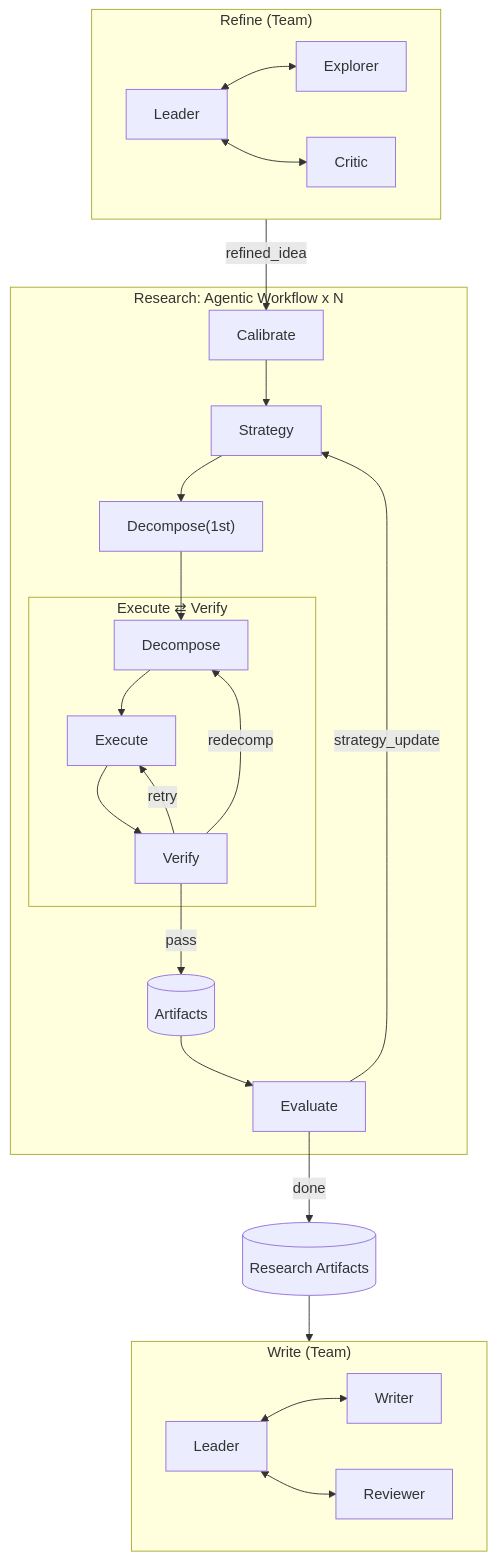
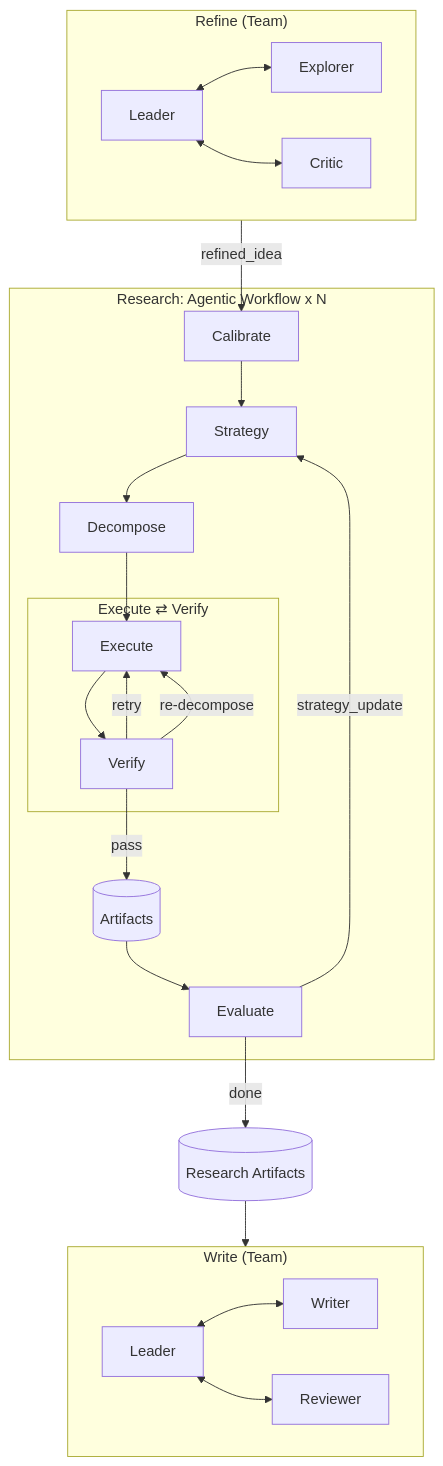
The diagram in docs/CN/architecture.md (dozybot001/MAARS), drawn with Mermaid before and after one commit.

````diff
--- a/docs/CN/architecture.md
+++ b/docs/CN/architecture.md
@@ -35,34 +35,33 @@
 ```mermaid
 flowchart TB
     subgraph Refine ["Refine (Team)"]
         RL[Leader] <--> RE[Explorer]
         RL <--> RC[Critic]
     end
 
     Refine -- "refined_idea" --> Calibrate
 
     subgraph Research ["Research: Agentic Workflow x N"]
         Calibrate --> Strategy
-        Strategy --> D1["Decompose(1st)"]
-        D1 --> Decompose
+        Strategy --> D1["Decompose"]
+        D1 --> Execute
 
         subgraph Loop ["Execute ⇄ Verify"]
-            Decompose --> Execute
             Execute --> Verify
             Verify -- "retry" --> Execute
-            Verify -- "redecomp" --> Decompose
+            Verify -- "re-decompose" --> Execute
         end
 
         Verify -- "pass" --> Artifacts[(Artifacts)]
         Artifacts --> Evaluate
         Evaluate -- "strategy_update" --> Strategy
     end
 
     Evaluate -- "done" --> RArt[(Research Artifacts)]
     RArt --> Write
 
     subgraph Write ["Write (Team)"]
         WL[Leader] <--> WW[Writer]
         WL <--> WR[Reviewer]
     end
 ```
````
